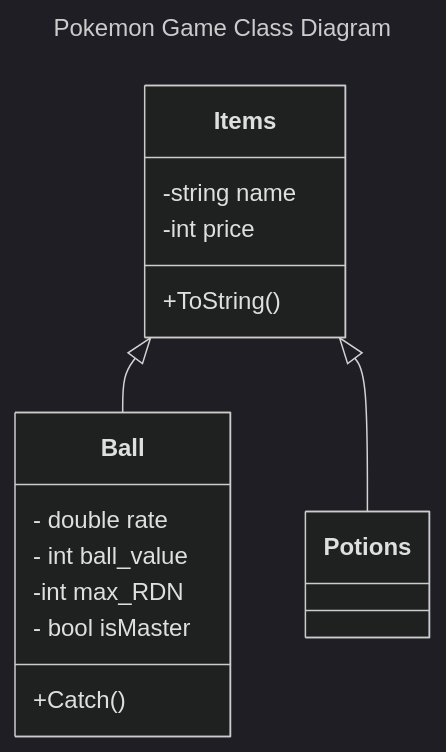
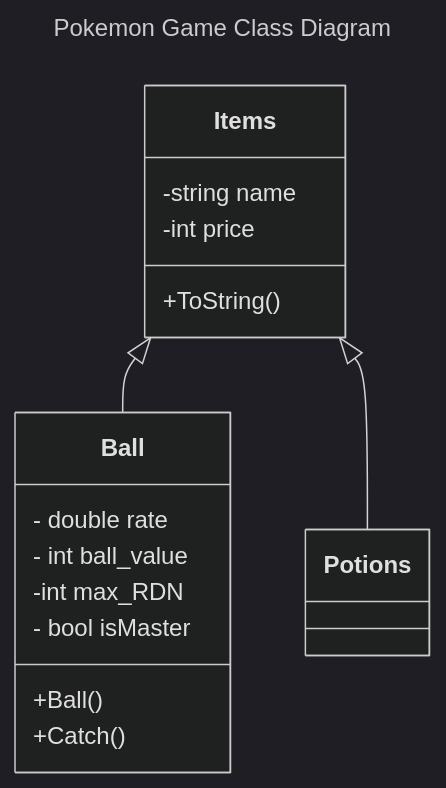
One commit to jinxsu/TextBased-Pokemon changed the diagram in README.md. Above: the diagram before and after it, drawn with Mermaid (dark theme).

````diff
--- a/README.md
+++ b/README.md
@@ -1,24 +1,25 @@
 ```mermaid
 ---
 title: Pokemon Game Class Diagram
 ---
 classDiagram
 Items<|-- Ball
 Items<|--Potions
 Items: -string name
 Items: -int price
 Items: +ToString()
 class Ball{
         - double rate
         - int ball_value
         -int max_RDN
         - bool isMaster
+        +Ball()
         +Catch()
     }
 
 
 
 
 
 
 ```
````
